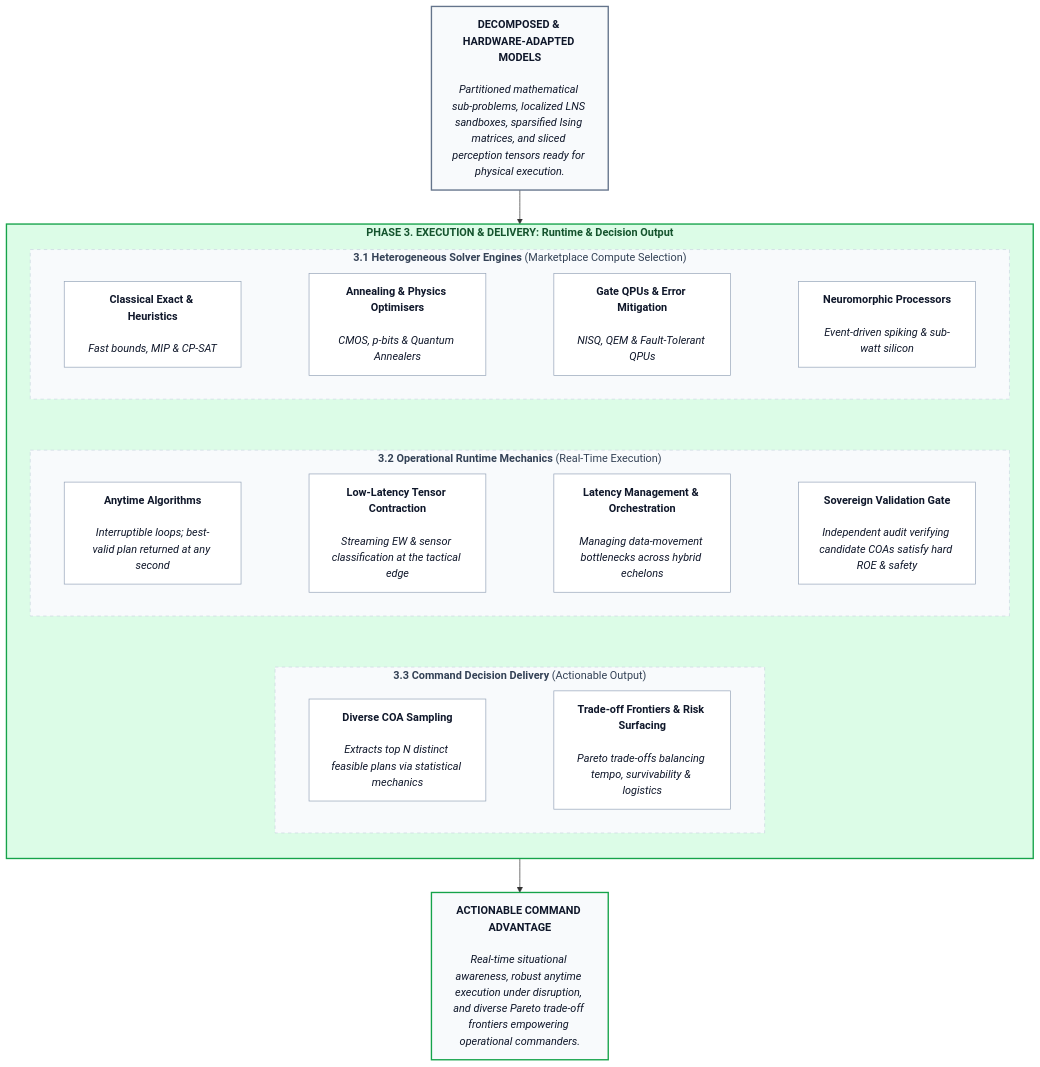
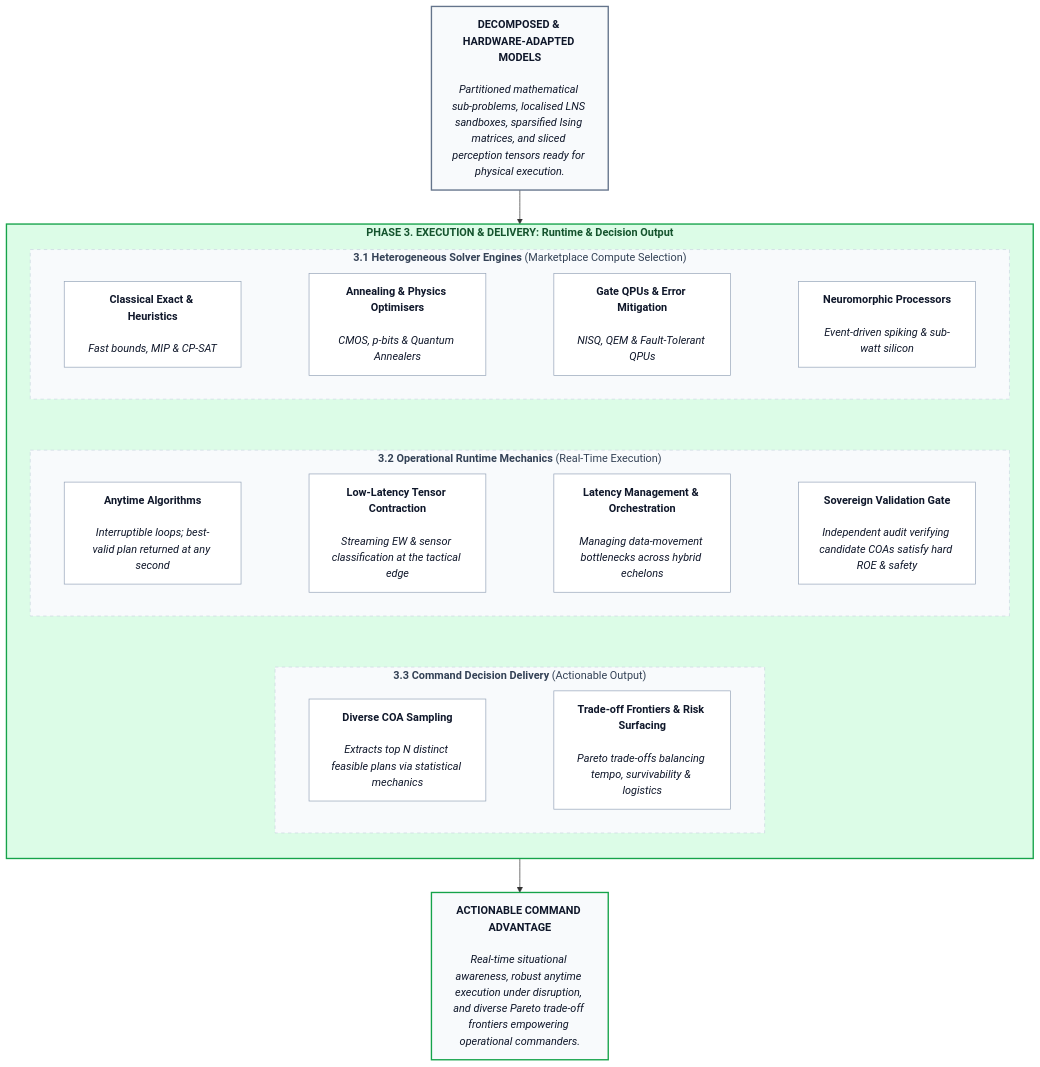
One commit to baddogdown/knowledge changed the eighth of 8 diagrams in quantum/The_Emergent_Algorithmic_Bridge.md. Above: the diagram before and after it, drawn with Mermaid. The commit also changed other lines of this file, not shown here.

````diff
--- a/quantum/The_Emergent_Algorithmic_Bridge.md
+++ b/quantum/The_Emergent_Algorithmic_Bridge.md
@@ -888,66 +888,66 @@
 ```mermaid
 flowchart TB
 
-    INBOUND["<b>DECOMPOSED & HARDWARE-ADAPTED MODELS</b><br/><br/><i>Partitioned mathematical sub-problems, localized LNS sandboxes, sparsified Ising matrices, and sliced perception tensors ready for physical execution.</i>"]
+    INBOUND["<b>DECOMPOSED & HARDWARE-ADAPTED MODELS</b><br/><br/><i>Partitioned mathematical sub-problems, localised LNS sandboxes, sparsified Ising matrices, and sliced perception tensors ready for physical execution.</i>"]
     
     OUTBOUND["<b>ACTIONABLE COMMAND ADVANTAGE</b><br/><br/><i>Real-time situational awareness, robust anytime execution under disruption, and diverse Pareto trade-off frontiers empowering operational commanders.</i>"]
 
     subgraph EXEC_DELIVERY ["<b>PHASE 3. EXECUTION & DELIVERY: Runtime & Decision Output</b>"]
         direction TB
 
         %% Row 1: Section 3.1 Bullets (Compute Selection)
         subgraph SEC31 ["<b>3.1 Heterogeneous Solver Engines</b> (Marketplace Compute Selection)"]
             direction LR
             E1["<b>Classical Exact & Heuristics</b><br/><br/><i>Fast bounds, MIP & CP-SAT</i>"]
             E2["<b>Annealing & Physics Optimisers</b><br/><br/><i>CMOS, p-bits & Quantum Annealers</i>"]
             E3["<b>Gate QPUs & Error Mitigation</b><br/><br/><i>NISQ, QEM & Fault-Tolerant QPUs</i>"]
             E4["<b>Neuromorphic Processors</b><br/><br/><i>Event-driven spiking & sub-watt silicon</i>"]
             E1 ~~~ E2 ~~~ E3 ~~~ E4
         end
 
         %% Row 2: Section 3.2 Bullets (Runtime Mechanics)
         subgraph SEC32 ["<b>3.2 Operational Runtime Mechanics</b> (Real-Time Execution)"]
             direction LR
             R1["<b>Anytime Algorithms</b><br/><br/><i>Interruptible loops; best-valid plan returned at any second</i>"]
             R2["<b>Low-Latency Tensor Contraction</b><br/><br/><i>Streaming EW & sensor classification at the tactical edge</i>"]
             R3["<b>Latency Management & Orchestration</b><br/><br/><i>Managing data-movement bottlenecks across hybrid echelons</i>"]
             R4["<b>Sovereign Validation Gate</b><br/><br/><i>Independent audit verifying candidate COAs satisfy hard ROE & safety</i>"]
             R1 ~~~ R2 ~~~ R3 ~~~ R4
         end
 
         %% Row 3: Section 3.3 Bullets (Actionable Command Output)
         subgraph SEC33 ["<b>3.3 Command Decision Delivery</b> (Actionable Output)"]
             direction LR
             D1["<b>Diverse COA Sampling</b><br/><br/><i>Extracts top N distinct feasible plans via statistical mechanics</i>"]
             D2["<b>Trade-off Frontiers & Risk Surfacing</b><br/><br/><i>Pareto trade-offs balancing tempo, survivability & logistics</i>"]
             D1 ~~~ D2
         end
 
         SEC31 ~~~ SEC32 ~~~ SEC33
     end
 
     INBOUND --> EXEC_DELIVERY
     EXEC_DELIVERY --> OUTBOUND
 
     %% Styling
     style INBOUND fill:#f8fafc,stroke:#64748b,stroke-width:2px,color:#0f172a
     style OUTBOUND fill:#f8fafc,stroke:#16a34a,stroke-width:2px,color:#0f172a
 
     style EXEC_DELIVERY fill:#dcfce7,stroke:#16a34a,stroke-width:2px,color:#14532d
     style SEC31 fill:#f8fafc,stroke:#cbd5e1,stroke-width:1px,stroke-dasharray: 5 5,color:#334155
     style SEC32 fill:#f8fafc,stroke:#cbd5e1,stroke-width:1px,stroke-dasharray: 5 5,color:#334155
     style SEC33 fill:#f8fafc,stroke:#cbd5e1,stroke-width:1px,stroke-dasharray: 5 5,color:#334155
 
     style E1 fill:#ffffff,stroke:#94a3b8,stroke-width:1px,color:#0f172a
     style E2 fill:#ffffff,stroke:#94a3b8,stroke-width:1px,color:#0f172a
     style E3 fill:#ffffff,stroke:#94a3b8,stroke-width:1px,color:#0f172a
     style E4 fill:#ffffff,stroke:#94a3b8,stroke-width:1px,color:#0f172a
 
     style R1 fill:#ffffff,stroke:#94a3b8,stroke-width:1px,color:#0f172a
     style R2 fill:#ffffff,stroke:#94a3b8,stroke-width:1px,color:#0f172a
     style R3 fill:#ffffff,stroke:#94a3b8,stroke-width:1px,color:#0f172a
     style R4 fill:#ffffff,stroke:#94a3b8,stroke-width:1px,color:#0f172a
 
     style D1 fill:#ffffff,stroke:#94a3b8,stroke-width:1px,color:#0f172a
     style D2 fill:#ffffff,stroke:#94a3b8,stroke-width:1px,color:#0f172a
 ```
````
